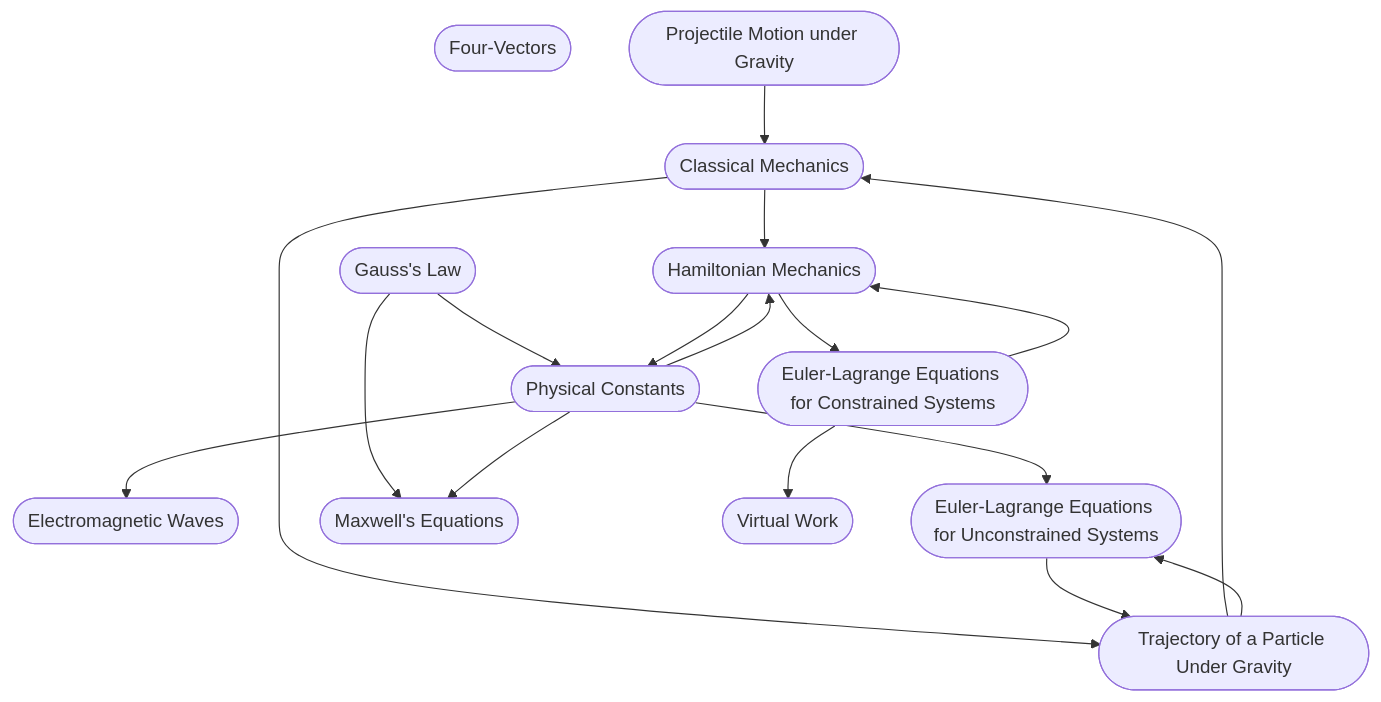
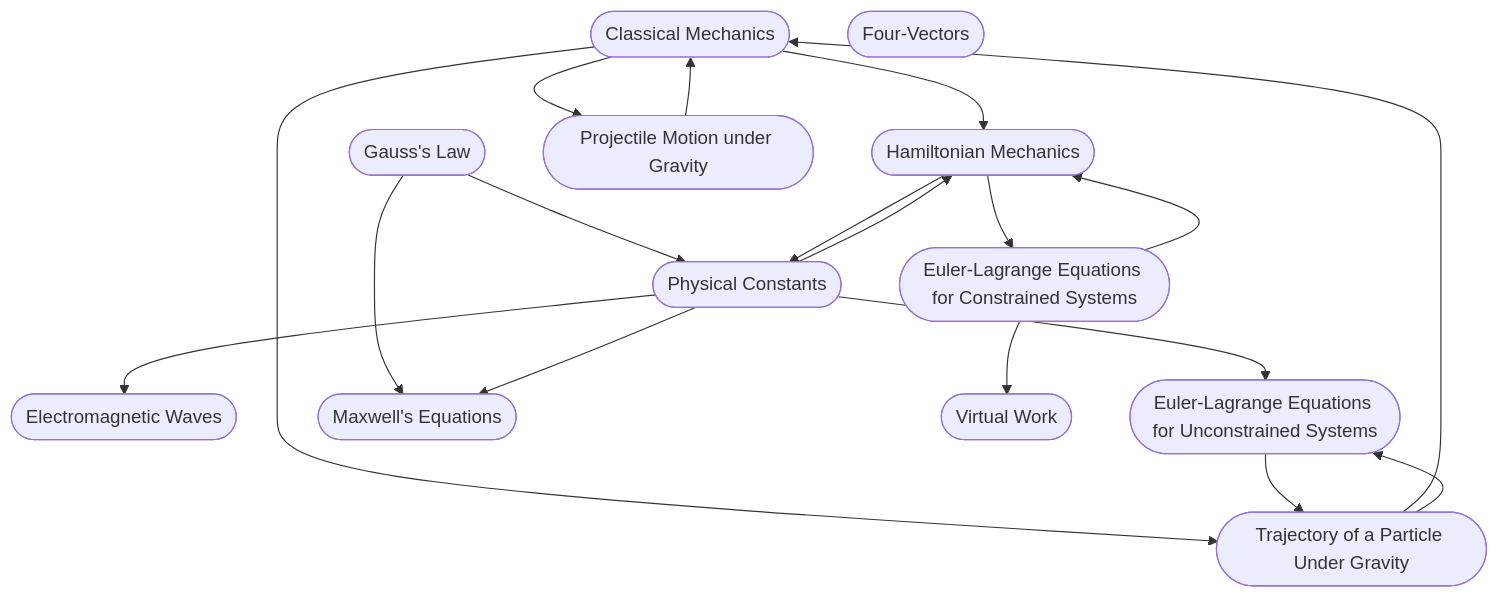
Before and after one commit to Aaravshah2907/Physics-KB: the diagram in KNOWLEDGE_GRAPH.md, drawn with Mermaid. The commit also changed 15 other files, not shown here.

````diff
--- a/KNOWLEDGE_GRAPH.md
+++ b/KNOWLEDGE_GRAPH.md
@@ -3,31 +3,32 @@
 ```mermaid
 graph TD
   classical_mechanics([Classical Mechanics])
   electromagnetic_waves([Electromagnetic Waves])
   eulerlagrange_equations_for_constrained_systems([Euler-Lagrange Equations for Constrained Systems])
   eulerlagrange_equations_for_unconstrained_systems([Euler-Lagrange Equations for Unconstrained Systems])
   four_vectors([Four-Vectors])
   gauss_law([Gauss's Law])
   hamiltonian_mechanics([Hamiltonian Mechanics])
   maxwell_s_equations([Maxwell's Equations])
   physical_constants([Physical Constants])
   projectile_motion([Projectile Motion under Gravity])
   trajectory_under_gravity([Trajectory of a Particle Under Gravity])
   virtual_work([Virtual Work])
   classical_mechanics --> hamiltonian_mechanics
+  classical_mechanics --> projectile_motion
   classical_mechanics --> trajectory_under_gravity
   eulerlagrange_equations_for_constrained_systems --> hamiltonian_mechanics
   eulerlagrange_equations_for_constrained_systems --> virtual_work
   eulerlagrange_equations_for_unconstrained_systems --> trajectory_under_gravity
   gauss_law --> maxwell_s_equations
   gauss_law --> physical_constants
   hamiltonian_mechanics --> eulerlagrange_equations_for_constrained_systems
   hamiltonian_mechanics --> physical_constants
   physical_constants --> electromagnetic_waves
   physical_constants --> eulerlagrange_equations_for_unconstrained_systems
   physical_constants --> hamiltonian_mechanics
   physical_constants --> maxwell_s_equations
   projectile_motion --> classical_mechanics
   trajectory_under_gravity --> classical_mechanics
   trajectory_under_gravity --> eulerlagrange_equations_for_unconstrained_systems
 ```
````
